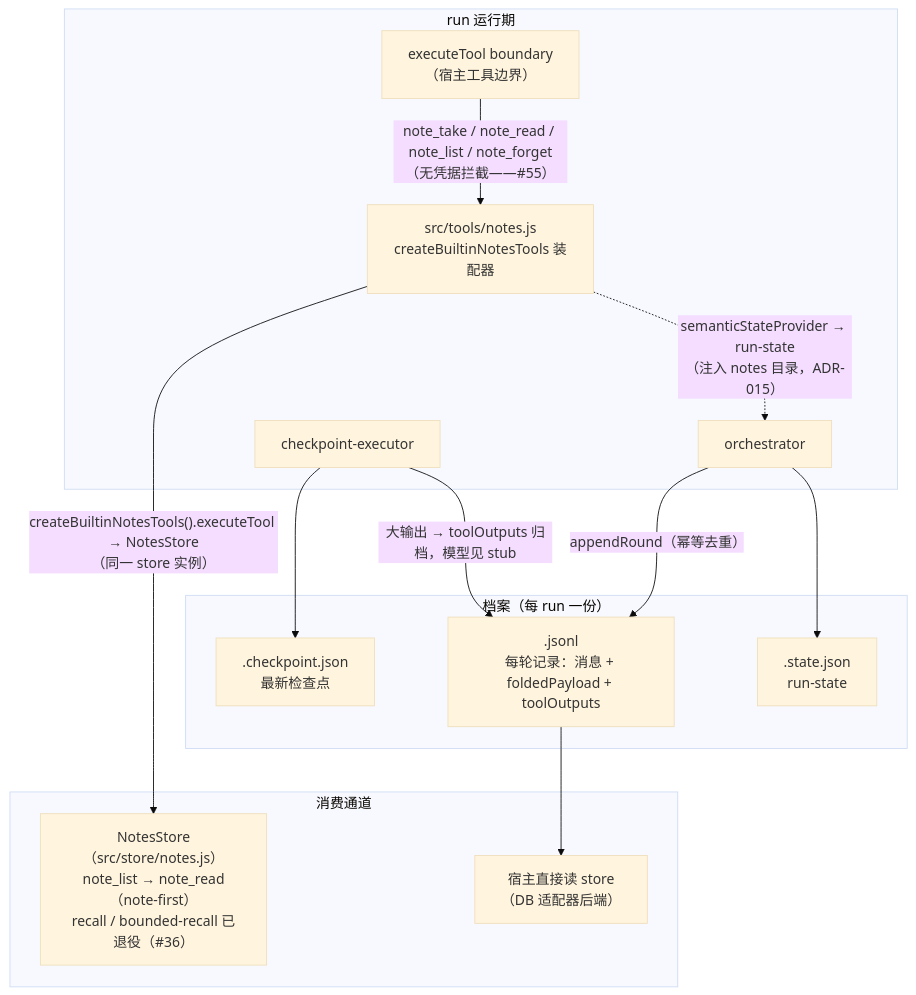
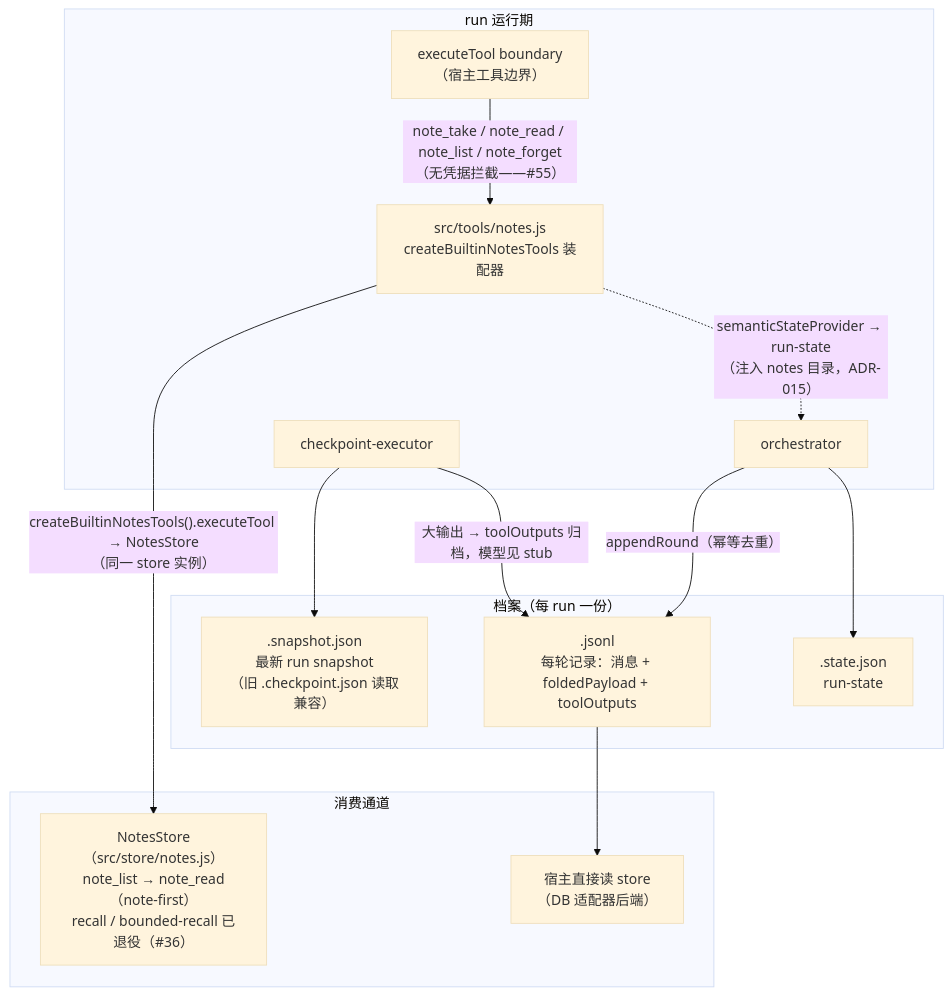
One commit to ErixWong/erix-agent changed the fifth of 5 diagrams in docs/charts_cn.md. Above: the diagram before and after it, drawn with Mermaid (base theme). The commit also changed other lines of this file and 12 other files, not shown here.

````diff
--- a/docs/charts_cn.md
+++ b/docs/charts_cn.md
@@ -397,29 +397,29 @@
 ```mermaid
 flowchart TB
     subgraph run["run 运行期"]
         ORC2["orchestrator"]
         CPE2["checkpoint-executor"]
         EXB["executeTool boundary<br/>（宿主工具边界）"]
         NASS["src/tools/notes.js<br/>createBuiltinNotesTools 装配器"]
     end
 
     subgraph archive["档案（每 run 一份）"]
         JSONL["<runId>.jsonl<br/>每轮记录：消息 + foldedPayload + toolOutputs"]
         ST["<runId>.state.json<br/>run-state"]
-        CK["<runId>.checkpoint.json<br/>最新检查点"]
+        CK["<runId>.snapshot.json<br/>最新 run snapshot<br/>（旧 .checkpoint.json 读取兼容）"]
     end
 
     subgraph surfaces["消费通道"]
         NOTES["NotesStore（src/store/notes.js）<br/>note_list → note_read（note-first）<br/>recall / bounded-recall 已退役（#36）"]
         HOST2["宿主直接读 store<br/>（DB 适配器后端）"]
     end
 
     ORC2 -- "appendRound（幂等去重）" --> JSONL
     ORC2 --> ST
     CPE2 --> CK
     CPE2 -- "大输出 → toolOutputs 归档，模型见 stub" --> JSONL
     EXB -- "note_take / note_read / note_list / note_forget<br/>（无凭据拦截——#55）" --> NASS
     NASS -- "createBuiltinNotesTools().executeTool → NotesStore<br/>（同一 store 实例）" --> NOTES
     NASS -. "semanticStateProvider → run-state<br/>（注入 notes 目录，ADR-015）" .-> ORC2
     JSONL --> HOST2
 ```
````
